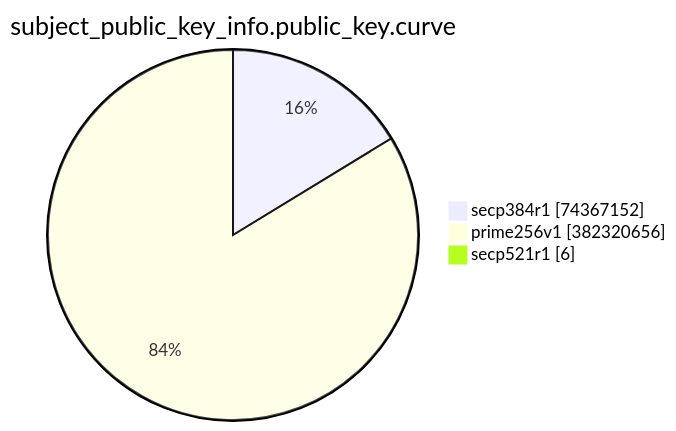
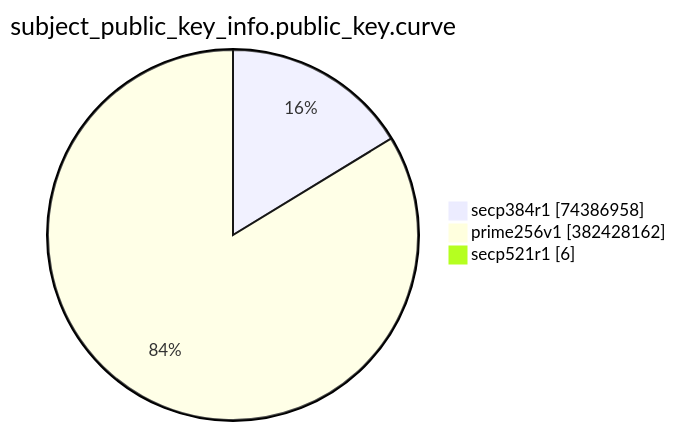
One commit to christiankrug/ctmonitor_visualization changed the eighth of 15 diagrams in TOTAL/README.md. Above: the diagram before and after it, drawn with Mermaid. The commit also changed other lines of this file, not shown here.

````diff
--- a/TOTAL/README.md
+++ b/TOTAL/README.md
@@ -3094,7 +3094,7 @@
 ```mermaid
 pie showData
 title subject_public_key_info.public_key.curve
-"secp384r1" :74367152
-"prime256v1" :382320656
+"secp384r1" :74386958
+"prime256v1" :382428162
 "secp521r1" :6
 ```
````
